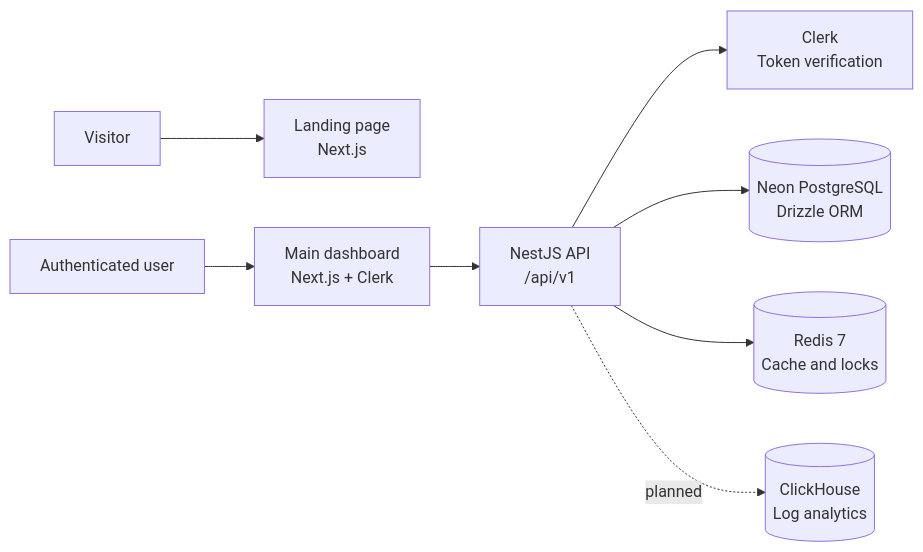
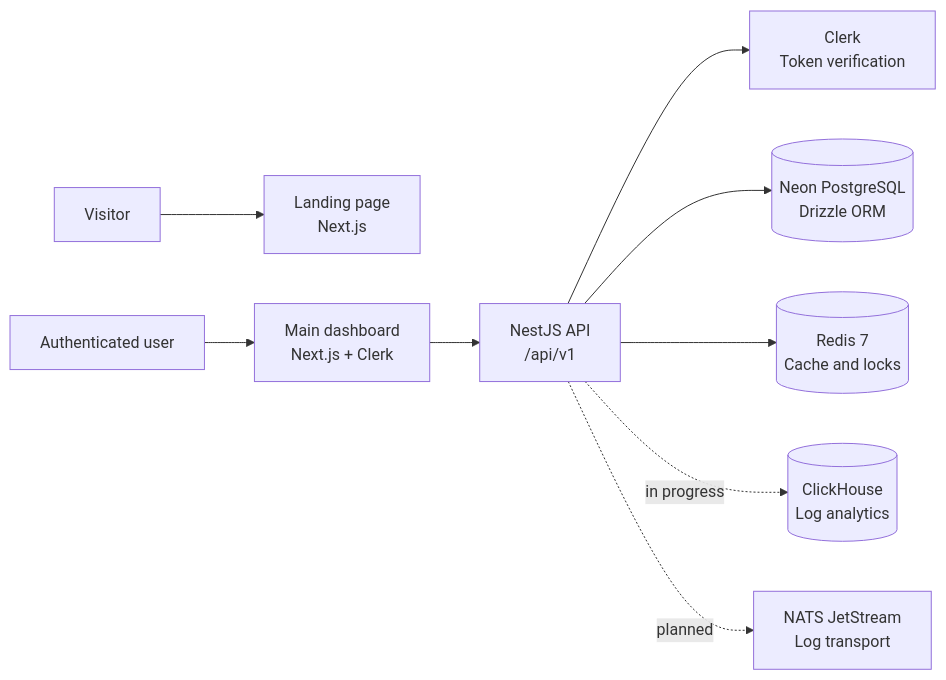
The diagram in README.md (ueux/ULOGS), drawn with Mermaid before and after one commit. The commit also changed other lines of this file and 19 other files, not shown here.

````diff
--- a/README.md
+++ b/README.md
@@ -50,10 +53,11 @@
 ```mermaid
 flowchart LR
     Visitor[Visitor] --> Landing[Landing page\nNext.js]
     User[Authenticated user] --> Dashboard[Main dashboard\nNext.js + Clerk]
     Dashboard --> API[NestJS API\n/api/v1]
     API --> Clerk[Clerk\nToken verification]
     API --> Postgres[(Neon PostgreSQL\nDrizzle ORM)]
     API --> Redis[(Redis 7\nCache and locks)]
-    API -. planned .-> ClickHouse[(ClickHouse\nLog analytics)]
+    API -. in progress .-> ClickHouse[(ClickHouse\nLog analytics)]
+    API -. planned .-> NATS[NATS JetStream\nLog transport]
 ```
````
